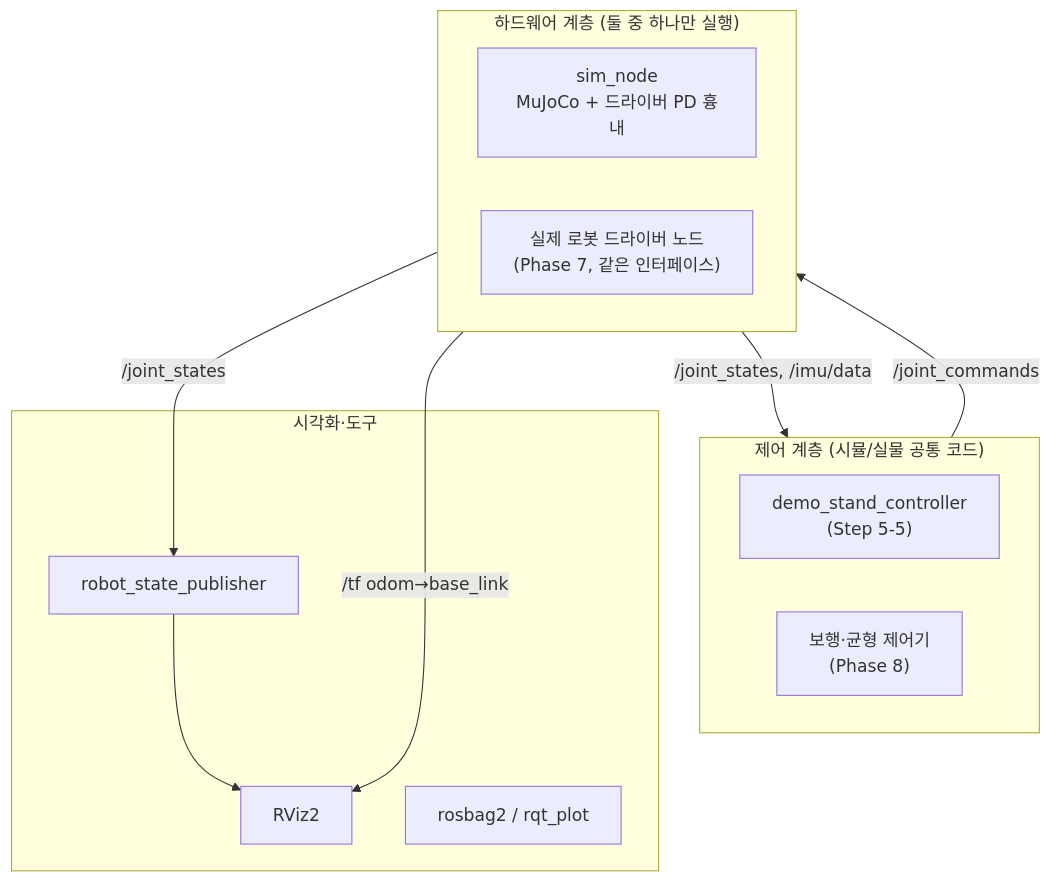
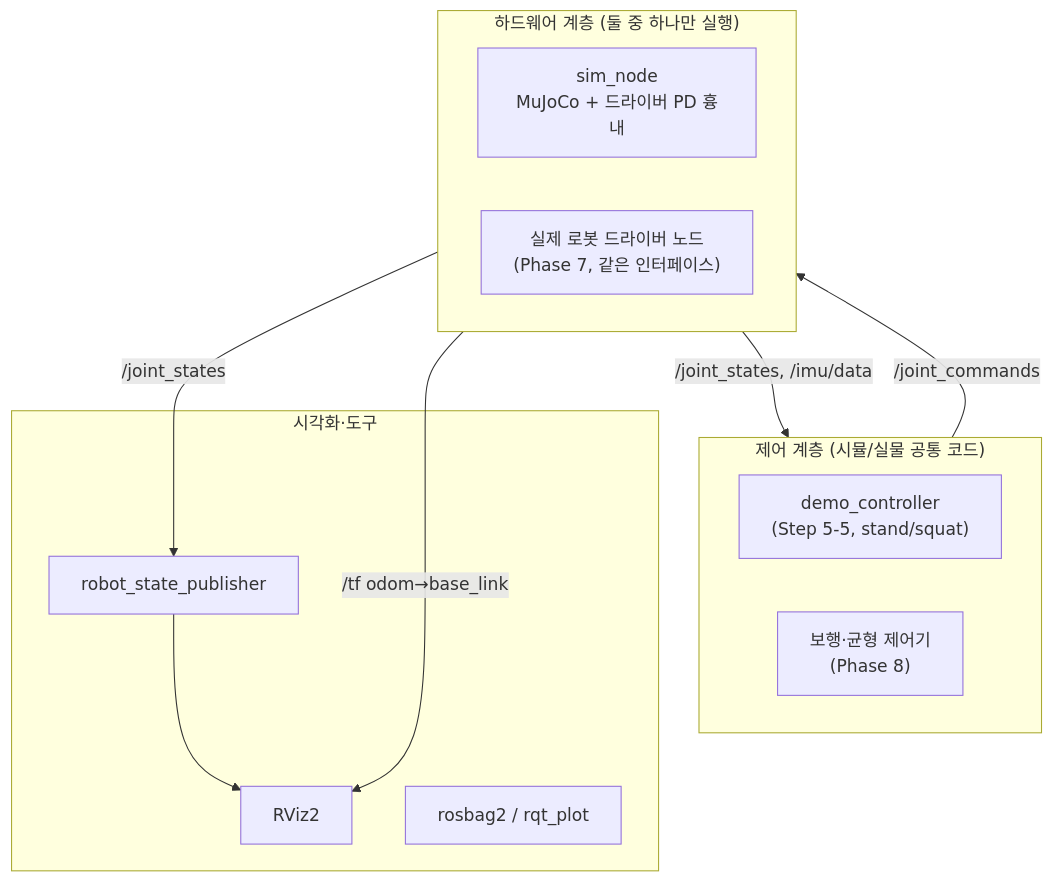
One commit to joshualikaist/Giga changed the diagram in docs/05_ros2_bridge_plan.md. Above: the diagram before and after it, drawn with Mermaid. The commit also changed other lines of this file and 5 other files, not shown here.

````diff
--- a/docs/05_ros2_bridge_plan.md
+++ b/docs/05_ros2_bridge_plan.md
@@ -102,20 +108,20 @@
 ```mermaid
 flowchart TB
   subgraph CTRL["제어 계층 (시뮬/실물 공통 코드)"]
-    C1["demo_stand_controller<br/>(Step 5-5)"]
+    C1["demo_controller<br/>(Step 5-5, stand/squat)"]
     C2["보행·균형 제어기<br/>(Phase 8)"]
   end
   subgraph HW["하드웨어 계층 (둘 중 하나만 실행)"]
     SIM["sim_node<br/>MuJoCo + 드라이버 PD 흉내"]
     REAL["실제 로봇 드라이버 노드<br/>(Phase 7, 같은 인터페이스)"]
   end
   subgraph VIS["시각화·도구"]
     RSP[robot_state_publisher]
     RVIZ[RViz2]
     BAG[rosbag2 / rqt_plot]
   end
   CTRL -- "/joint_commands" --> HW
   HW -- "/joint_states, /imu/data" --> CTRL
   HW -- "/joint_states" --> RSP --> RVIZ
   HW -- "/tf odom→base_link" --> RVIZ
 ```
````
